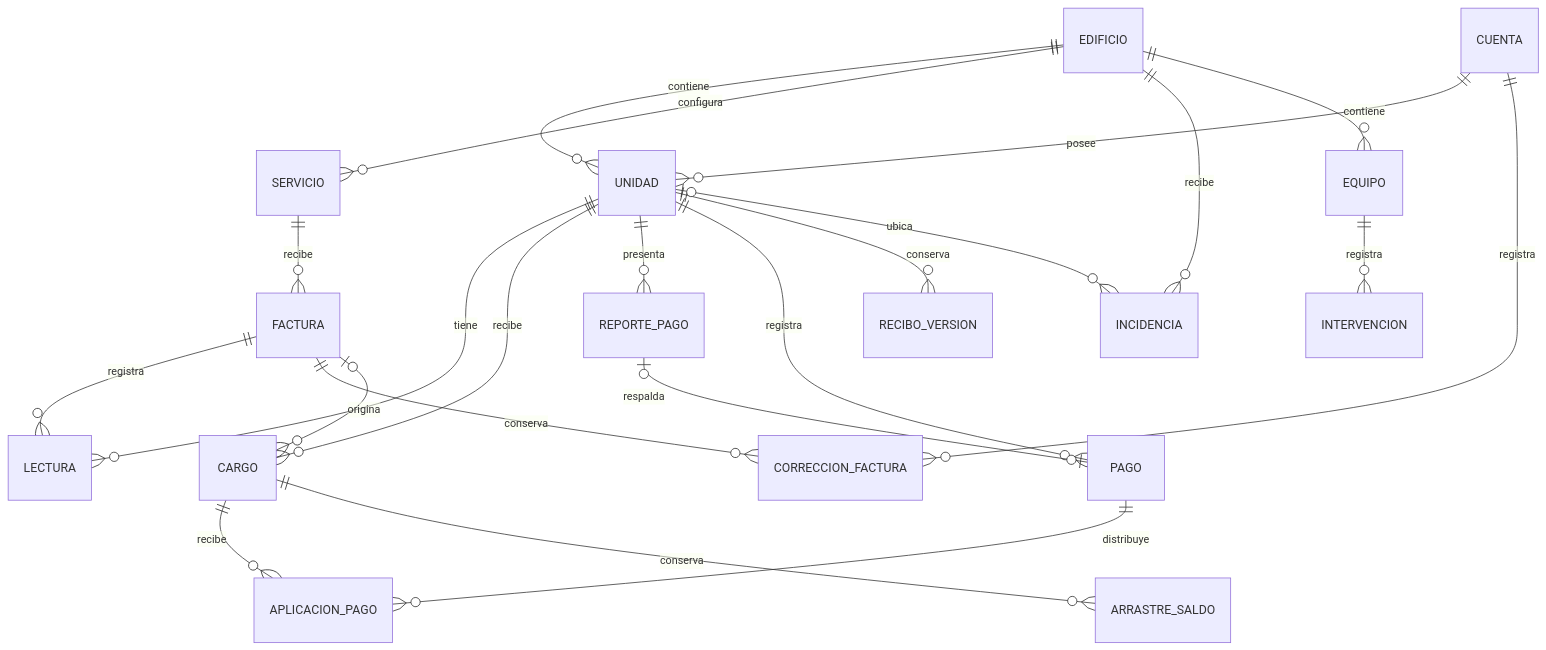
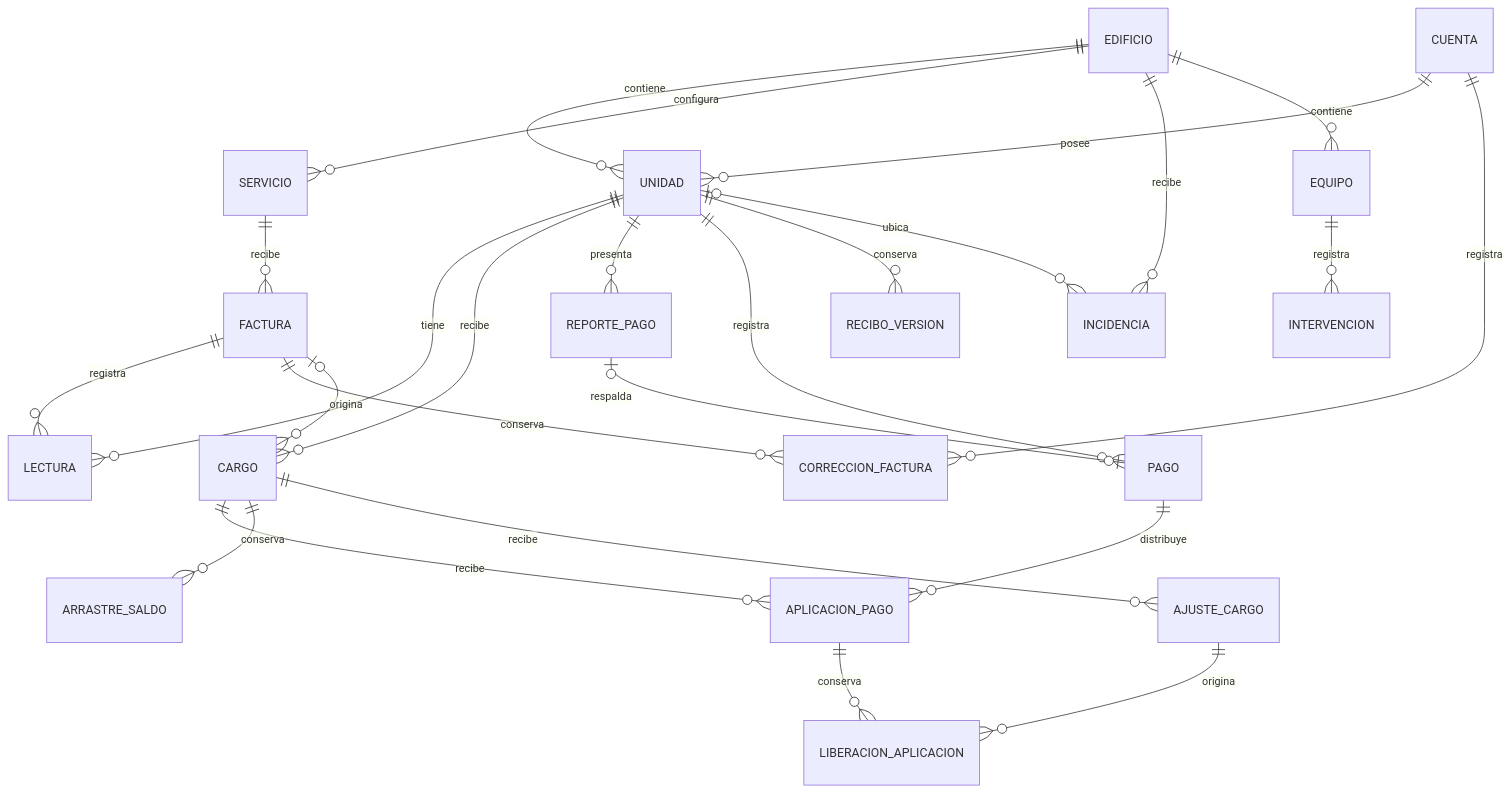
One commit to steveespinoza/GESTION-DE-EDIFICIOS changed the third of 3 diagrams in docs/arquitectura.md. Above: the diagram before and after it, drawn with Mermaid. The commit also changed other lines of this file and 28 other files, not shown here.

````diff
--- a/docs/arquitectura.md
+++ b/docs/arquitectura.md
@@ -61,24 +61,27 @@
 ```mermaid
 erDiagram
     EDIFICIO ||--o{ UNIDAD : contiene
     CUENTA ||--o{ UNIDAD : posee
     EDIFICIO ||--o{ SERVICIO : configura
     SERVICIO ||--o{ FACTURA : recibe
     FACTURA ||--o{ LECTURA : registra
     FACTURA ||--o{ CORRECCION_FACTURA : conserva
     CUENTA ||--o{ CORRECCION_FACTURA : registra
     UNIDAD ||--o{ LECTURA : tiene
     FACTURA o|--o{ CARGO : origina
     UNIDAD ||--o{ CARGO : recibe
     UNIDAD ||--o{ REPORTE_PAGO : presenta
     UNIDAD ||--o{ PAGO : registra
     REPORTE_PAGO o|--o| PAGO : respalda
     PAGO ||--o{ APLICACION_PAGO : distribuye
     CARGO ||--o{ APLICACION_PAGO : recibe
     CARGO ||--o{ ARRASTRE_SALDO : conserva
+    CARGO ||--o{ AJUSTE_CARGO : recibe
+    AJUSTE_CARGO ||--o{ LIBERACION_APLICACION : origina
+    APLICACION_PAGO ||--o{ LIBERACION_APLICACION : conserva
     UNIDAD ||--o{ RECIBO_VERSION : conserva
     EDIFICIO ||--o{ INCIDENCIA : recibe
     UNIDAD o|--o{ INCIDENCIA : ubica
     EDIFICIO ||--o{ EQUIPO : contiene
     EQUIPO ||--o{ INTERVENCION : registra
 ```
````
